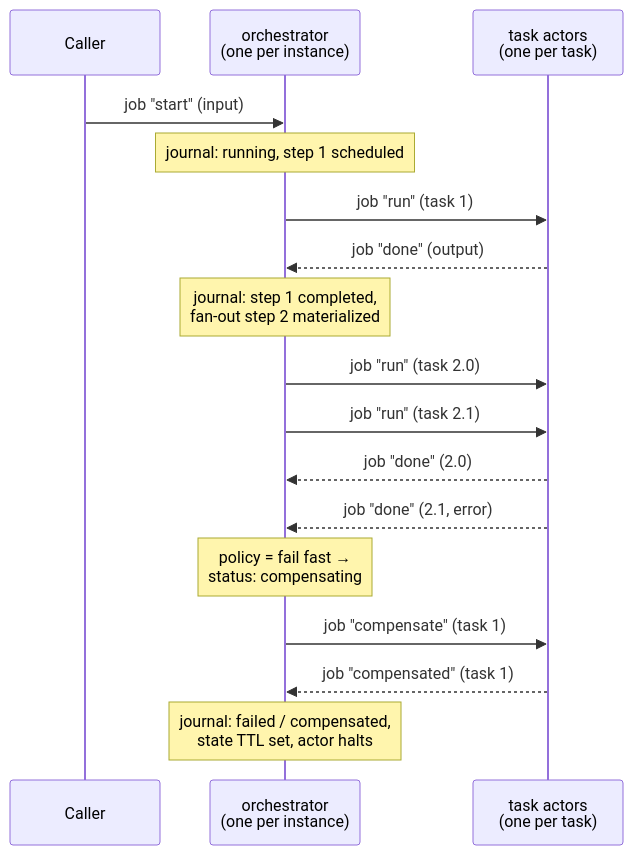
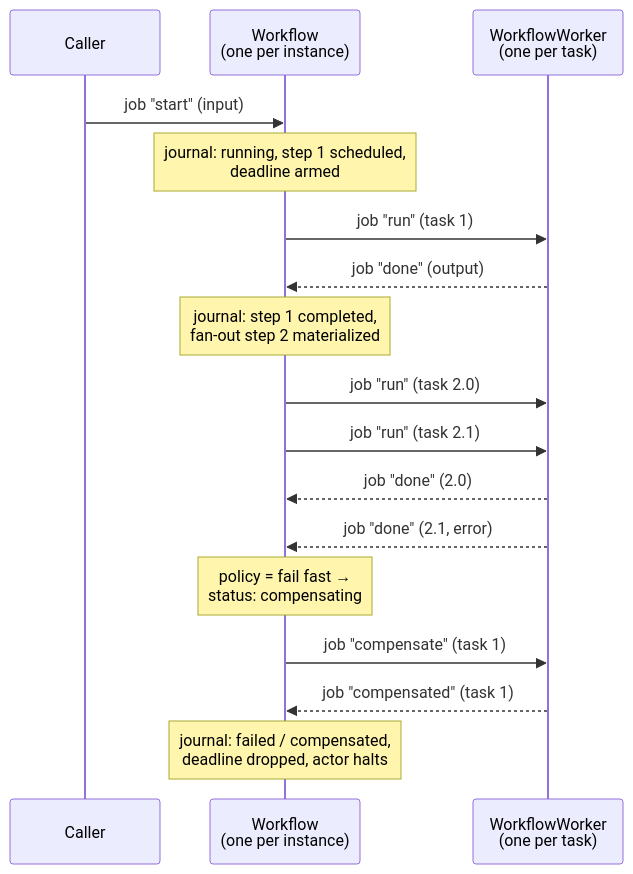
Before and after one commit to ItalyPaleAle/francis: the first of 2 diagrams in design/workflows.md, drawn with Mermaid. The commit also changed other lines of this file, not shown here.

First line of the commit message:
Rework the workflow design around Workflow and WorkflowWorker

````diff
--- a/design/workflows.md
+++ b/design/workflows.md
@@ -323,20 +406,20 @@
 ```mermaid
 sequenceDiagram
     participant C as Caller
-    participant O as orchestrator<br/>(one per instance)
-    participant T as task actors<br/>(one per task)
+    participant W as Workflow<br/>(one per instance)
+    participant K as WorkflowWorker<br/>(one per task)
 
-    C->>O: job "start" (input)
-    Note over O: journal: running, step 1 scheduled
-    O->>T: job "run" (task 1)
-    T-->>O: job "done" (output)
-    Note over O: journal: step 1 completed,<br/>fan-out step 2 materialized
-    O->>T: job "run" (task 2.0)
-    O->>T: job "run" (task 2.1)
-    T-->>O: job "done" (2.0)
-    T-->>O: job "done" (2.1, error)
-    Note over O: policy = fail fast →<br/>status: compensating
-    O->>T: job "compensate" (task 1)
-    T-->>O: job "compensated" (task 1)
-    Note over O: journal: failed / compensated,<br/>state TTL set, actor halts
+    C->>W: job "start" (input)
+    Note over W: journal: running, step 1 scheduled,<br/>deadline armed
+    W->>K: job "run" (task 1)
+    K-->>W: job "done" (output)
+    Note over W: journal: step 1 completed,<br/>fan-out step 2 materialized
+    W->>K: job "run" (task 2.0)
+    W->>K: job "run" (task 2.1)
+    K-->>W: job "done" (2.0)
+    K-->>W: job "done" (2.1, error)
+    Note over W: policy = fail fast →<br/>status: compensating
+    W->>K: job "compensate" (task 1)
+    K-->>W: job "compensated" (task 1)
+    Note over W: journal: failed / compensated,<br/>deadline dropped, actor halts
 ```
````
